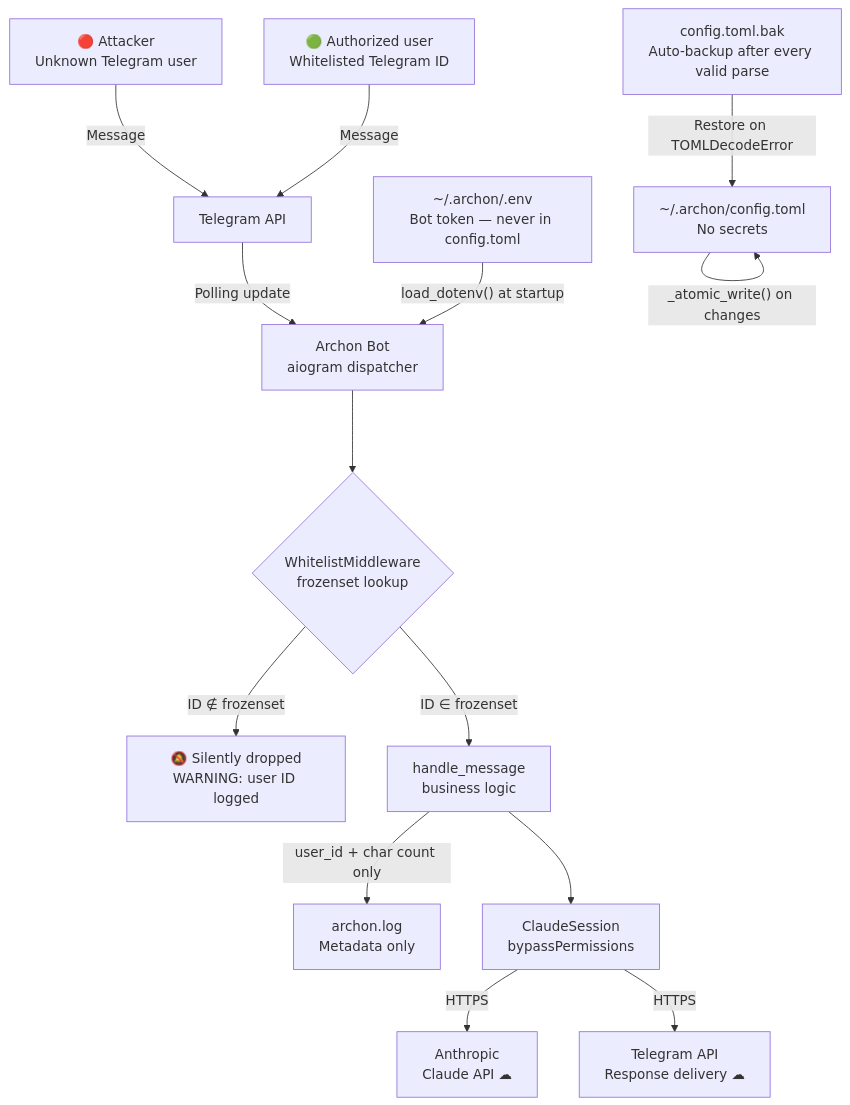
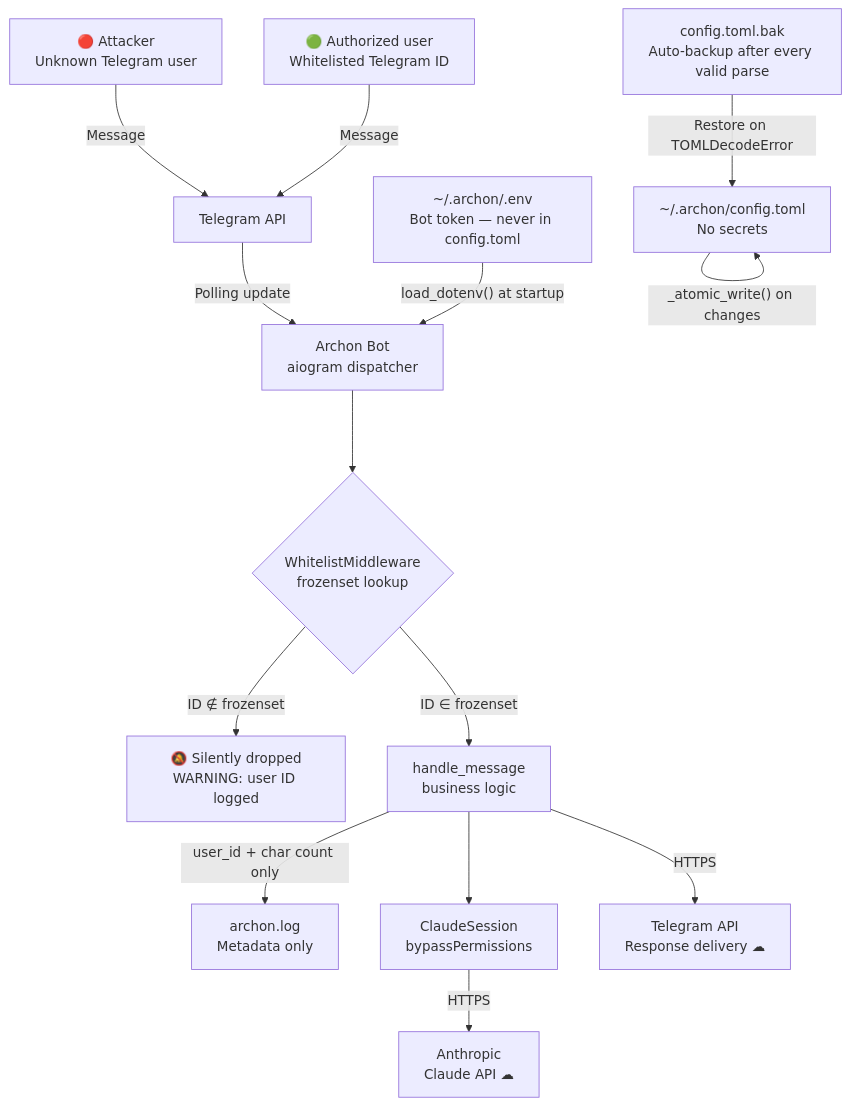
One commit to user538295/archon-assistant changed the diagram in Documentation/Architecture/150_security_and_privacy_architecture.md. Above: the diagram before and after it, drawn with Mermaid. The commit also changed other lines of this file and 5 other files, not shown here.

````diff
--- a/Documentation/Architecture/150_security_and_privacy_architecture.md
+++ b/Documentation/Architecture/150_security_and_privacy_architecture.md
@@ -190,33 +191,33 @@
 ```mermaid
 flowchart TD
     ATK["🔴 Attacker\nUnknown Telegram user"]
     AUTH["🟢 Authorized user\nWhitelisted Telegram ID"]
     TAPI["Telegram API"]
     BOT["Archon Bot\naiogram dispatcher"]
     WM{"WhitelistMiddleware\nfrozenset lookup"}
     DROP["🔕 Silently dropped\nWARNING: user ID logged"]
     HM["handle_message\nbusiness logic"]
     LOG["archon.log\nMetadata only"]
     CS["ClaudeSession\nbypassPermissions"]
     CAPI["Anthropic\nClaude API  ☁"]
     TREPLY["Telegram API\nResponse delivery  ☁"]
 
     ATK -->|Message| TAPI
     AUTH -->|Message| TAPI
     TAPI -->|Polling update| BOT
     BOT --> WM
     WM -->|"ID ∉ frozenset"| DROP
     WM -->|"ID ∈ frozenset"| HM
     HM -->|"user_id + char count only"| LOG
     HM --> CS
     CS -->|HTTPS| CAPI
-    CS -->|HTTPS| TREPLY
+    HM -->|HTTPS| TREPLY
 
     ENV["~/.archon/.env\nBot token — never in config.toml"]
     TOML["~/.archon/config.toml\nNo secrets"]
     BAK["config.toml.bak\nAuto-backup after every valid parse"]
 
     ENV -->|"load_dotenv() at startup"| BOT
     TOML -->|"_atomic_write() on changes"| TOML
     BAK -->|"Restore on TOMLDecodeError"| TOML
 ```
````
